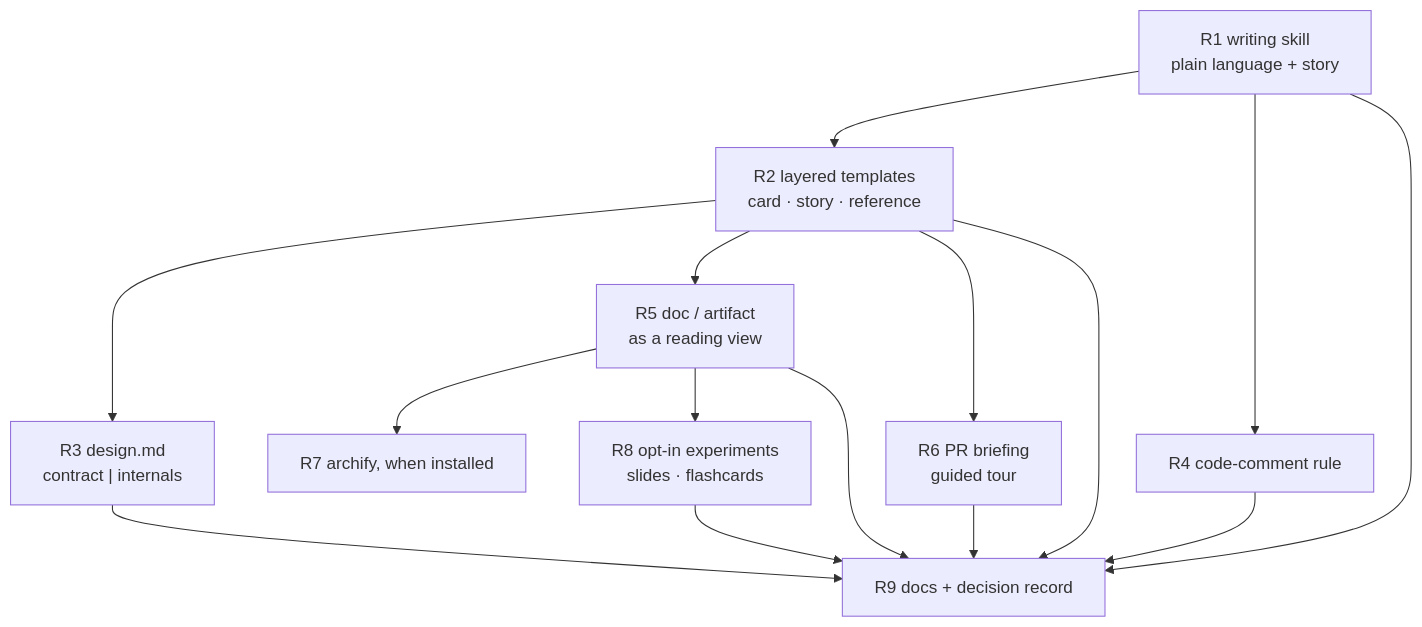
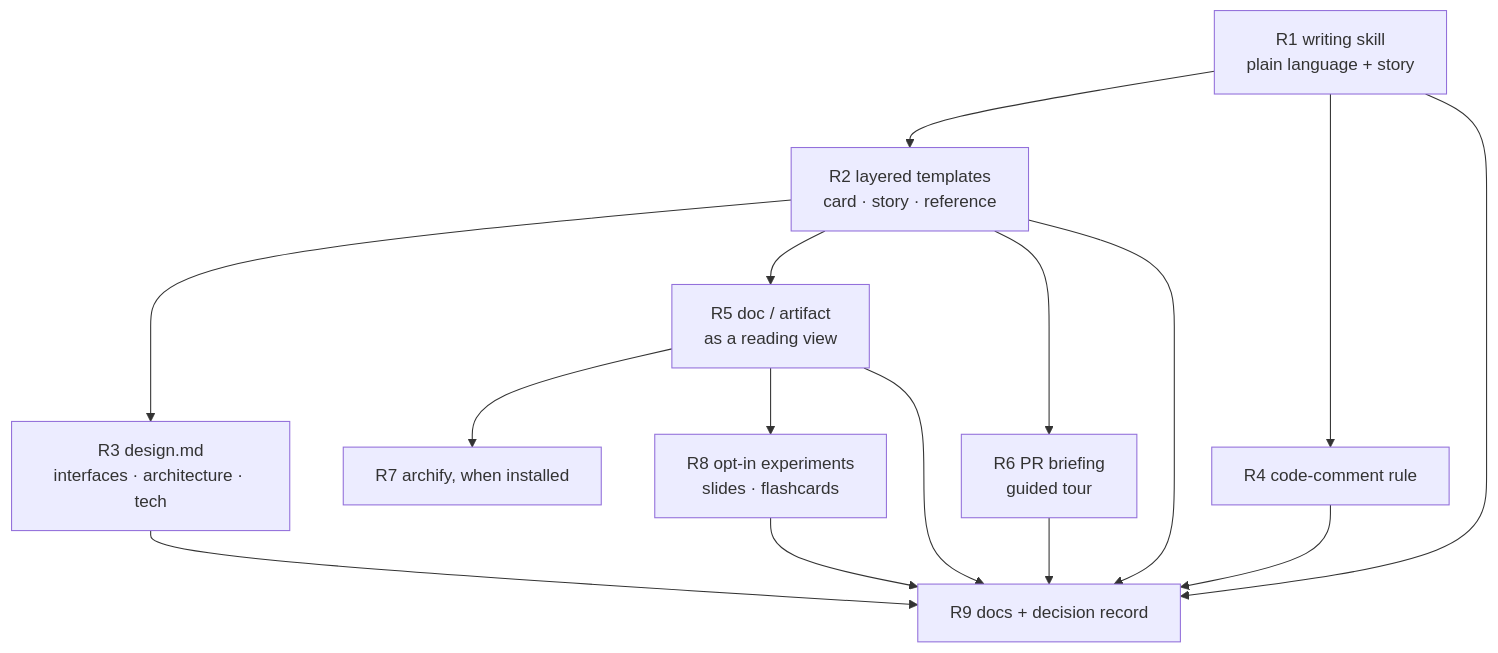
One commit to MadaraUchiha-314/the-loop changed the diagram in docs/specs/issue-544/requirements.md. Above: the diagram before and after it, drawn with Mermaid. The commit also changed other lines of this file and 1 other file, not shown here.

First line of the commit message:
docs(issue-544): design.md holds architecture, technology choices and interfaces only

````diff
--- a/docs/specs/issue-544/requirements.md
+++ b/docs/specs/issue-544/requirements.md
@@ -33,11 +33,11 @@
 ```mermaid
 flowchart TD
   W["R1 writing skill<br/>plain language + story"] --> T["R2 layered templates<br/>card · story · reference"]
-  T --> D["R3 design.md<br/>contract | internals"]
+  T --> D["R3 design.md<br/>interfaces · architecture · tech"]
   W --> C["R4 code-comment rule"]
   T --> V["R5 doc / artifact<br/>as a reading view"]
   V --> A["R7 archify, when installed"]
   T --> B["R6 PR briefing<br/>guided tour"]
   V --> X["R8 opt-in experiments<br/>slides · flashcards"]
   W & T & D & C & V & B & X --> K["R9 docs + decision record"]
 ```
````
